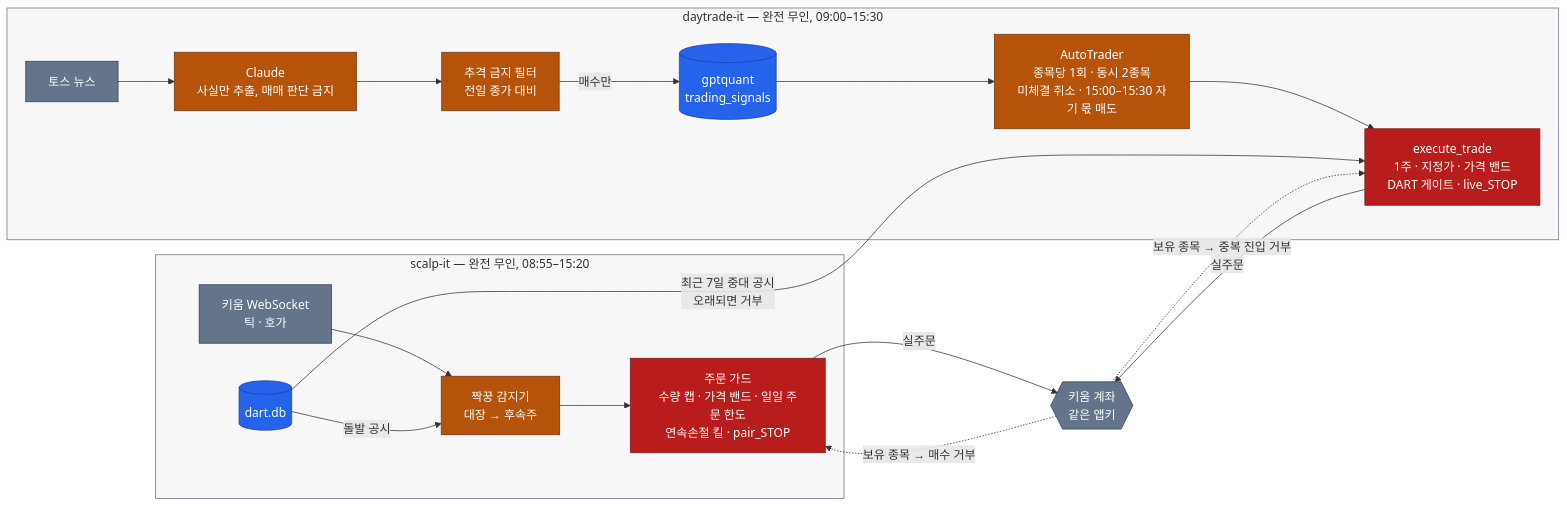
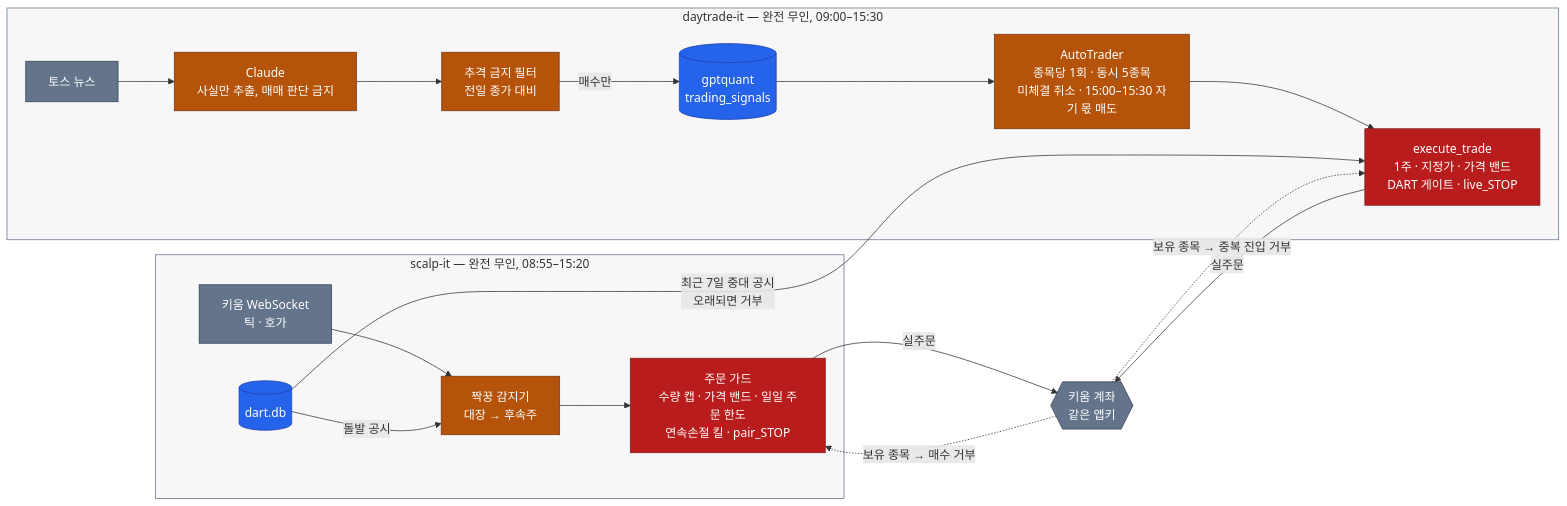
The third of 3 diagrams in README.ko.md (younghwan91/younghwan91), drawn with Mermaid before and after one commit. The commit also changed other lines of this file and 1 other file, not shown here.

````diff
--- a/README.ko.md
+++ b/README.ko.md
@@ -159,38 +159,38 @@
 ```mermaid
 flowchart LR
     subgraph SCP ["scalp-it — 완전 무인, 08:55–15:20"]
         WS["키움 WebSocket<br/>틱 · 호가"] --> DET["짝꿍 감지기<br/>대장 → 후속주"]
         DART[("dart.db")] -->|"돌발 공시"| DET
         DET --> GRD["주문 가드<br/>수량 캡 · 가격 밴드 · 일일 주문 한도<br/>연속손절 킬 · pair_STOP"]
     end
 
     subgraph DTP ["daytrade-it — 완전 무인, 09:00–15:30"]
         TOSS["토스 뉴스"] --> CL["Claude<br/>사실만 추출, 매매 판단 금지"]
         CL --> TC["추격 금지 필터<br/>전일 종가 대비"]
         TC -->|"매수만"| SIG[("gptquant<br/>trading_signals")]
-        SIG --> AT["AutoTrader<br/>종목당 1회 · 동시 2종목<br/>미체결 취소 · 15:00–15:30 자기 몫 매도"]
+        SIG --> AT["AutoTrader<br/>종목당 1회 · 동시 5종목<br/>미체결 취소 · 15:00–15:30 자기 몫 매도"]
         AT --> ET["execute_trade<br/>1주 · 지정가 · 가격 밴드<br/>DART 게이트 · live_STOP"]
     end
 
     ACC{{"키움 계좌<br/>같은 앱키"}}
 
     DART -->|"최근 7일 중대 공시<br/>오래되면 거부"| ET
 
     GRD -->|"실주문"| ACC
     ET -->|"실주문"| ACC
     ACC -. "보유 종목 → 매수 거부" .-> GRD
     ACC -. "보유 종목 → 중복 진입 거부" .-> ET
 
     classDef live fill:#B45309,stroke:#78350F,color:#FFFFFF
     classDef store fill:#2563EB,stroke:#1E40AF,color:#FFFFFF
     classDef gate fill:#B91C1C,stroke:#7F1D1D,color:#FFFFFF
     classDef ext fill:#64748B,stroke:#334155,color:#FFFFFF
 
     class DET,CL,TC,AT live
     class DART,SIG store
     class GRD,ET gate
     class WS,TOSS,ACC ext
 
     style SCP fill:#0F172A08,stroke:#64748B
     style DTP fill:#0F172A08,stroke:#64748B
 ```
````
